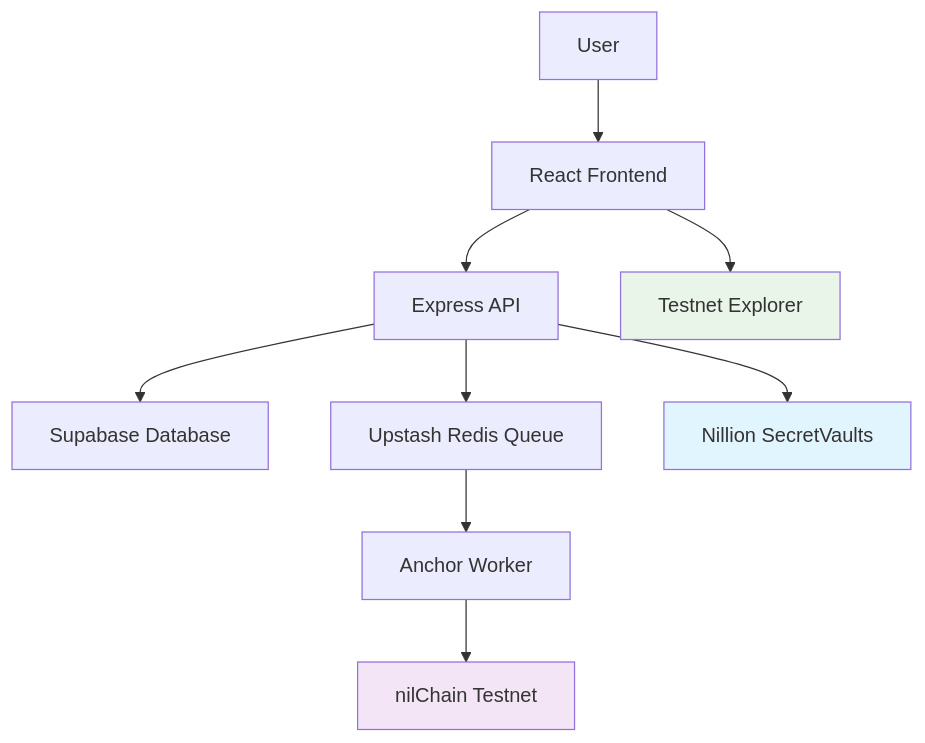
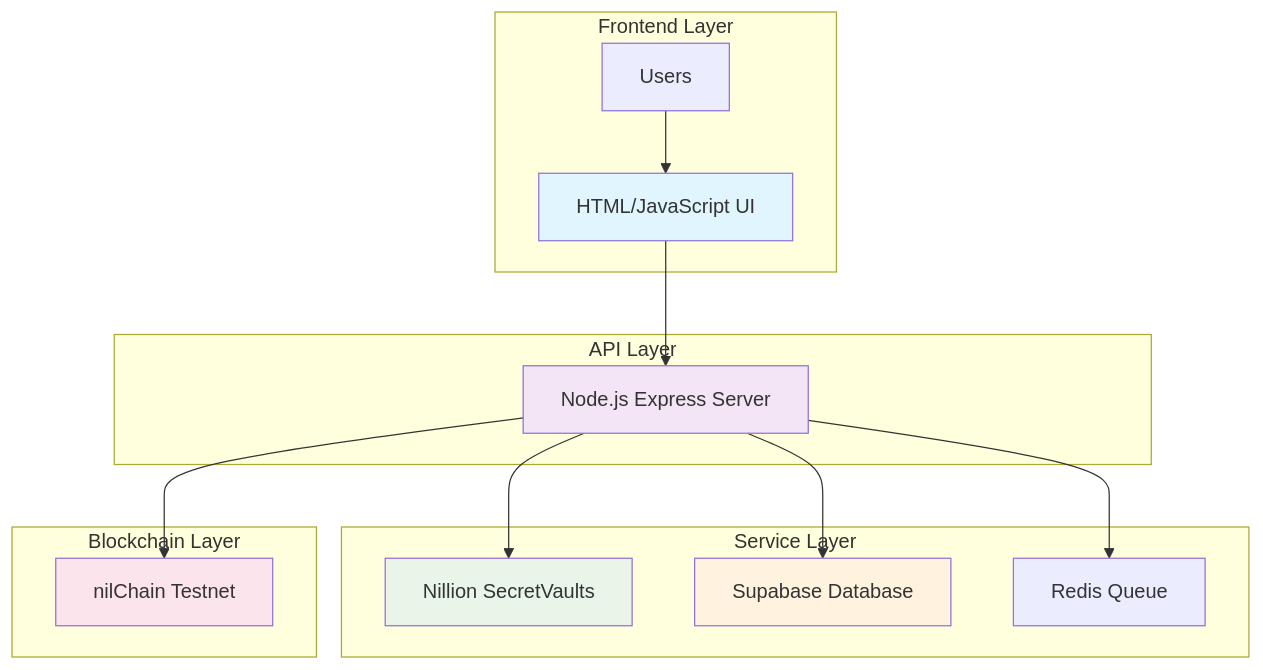
One commit to hitman298/NillionVault changed the diagram in README.md. Above: the diagram before and after it, drawn with Mermaid. The commit also changed other lines of this file and 49 other files, not shown here.

First line of the commit message:
feat: production-ready NillionVault with clean architecture

````diff
--- a/README.md
+++ b/README.md
@@ -23,15 +21,26 @@
 ```mermaid
 graph TB
-    A[User] --> B[React Frontend]
-    B --> C[Express API]
-    C --> D[Supabase Database]
-    C --> E[Upstash Redis Queue]
-    C --> F[Nillion SecretVaults]
-    E --> G[Anchor Worker]
-    G --> H[nilChain Testnet]
-    B --> I[Testnet Explorer]
+    subgraph "Frontend Layer"
+        U[Users] --> F[HTML/JavaScript UI]
+    end
+    
+    subgraph "API Layer"
+        F --> API[Node.js Express Server]
+    end
+    
+    subgraph "Service Layer"
+        API --> N[Nillion SecretVaults]
+        API --> S[Supabase Database]
+        API --> Q[Redis Queue]
+    end
+    
+    subgraph "Blockchain Layer"
+        API --> B[nilChain Testnet]
+    end
     
     style F fill:#e1f5fe
-    style H fill:#f3e5f5
-    style I fill:#e8f5e8
+    style API fill:#f3e5f5
+    style N fill:#e8f5e8
+    style S fill:#fff3e0
+    style B fill:#fce4ec
 ```
````
